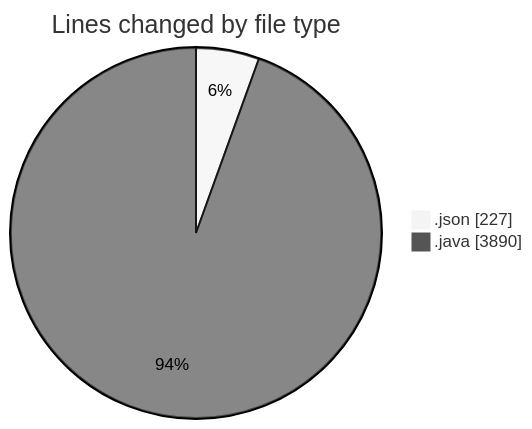
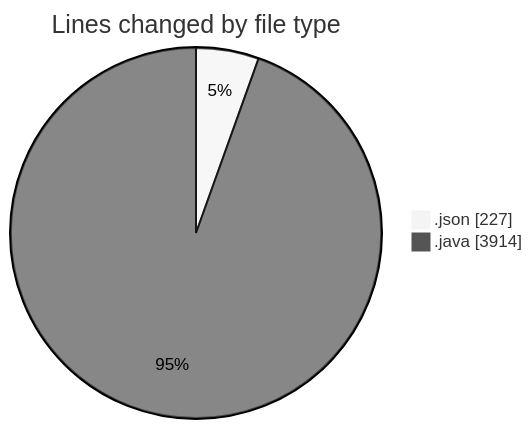
One commit to ricardozamudiocil/code-tracking changed the first of 2 diagrams in 2026-05-04/cilapp/README.md. Above: the diagram before and after it, drawn with Mermaid (neutral theme). The commit also changed other lines of this file and 1 other file, not shown here.

````diff
--- a/2026-05-04/cilapp/README.md
+++ b/2026-05-04/cilapp/README.md
@@ -28,6 +28,6 @@
 ```mermaid
 pie showData
 title Lines changed by file type
 ".json" : 227
-".java" : 3890
+".java" : 3914
 ```
````
